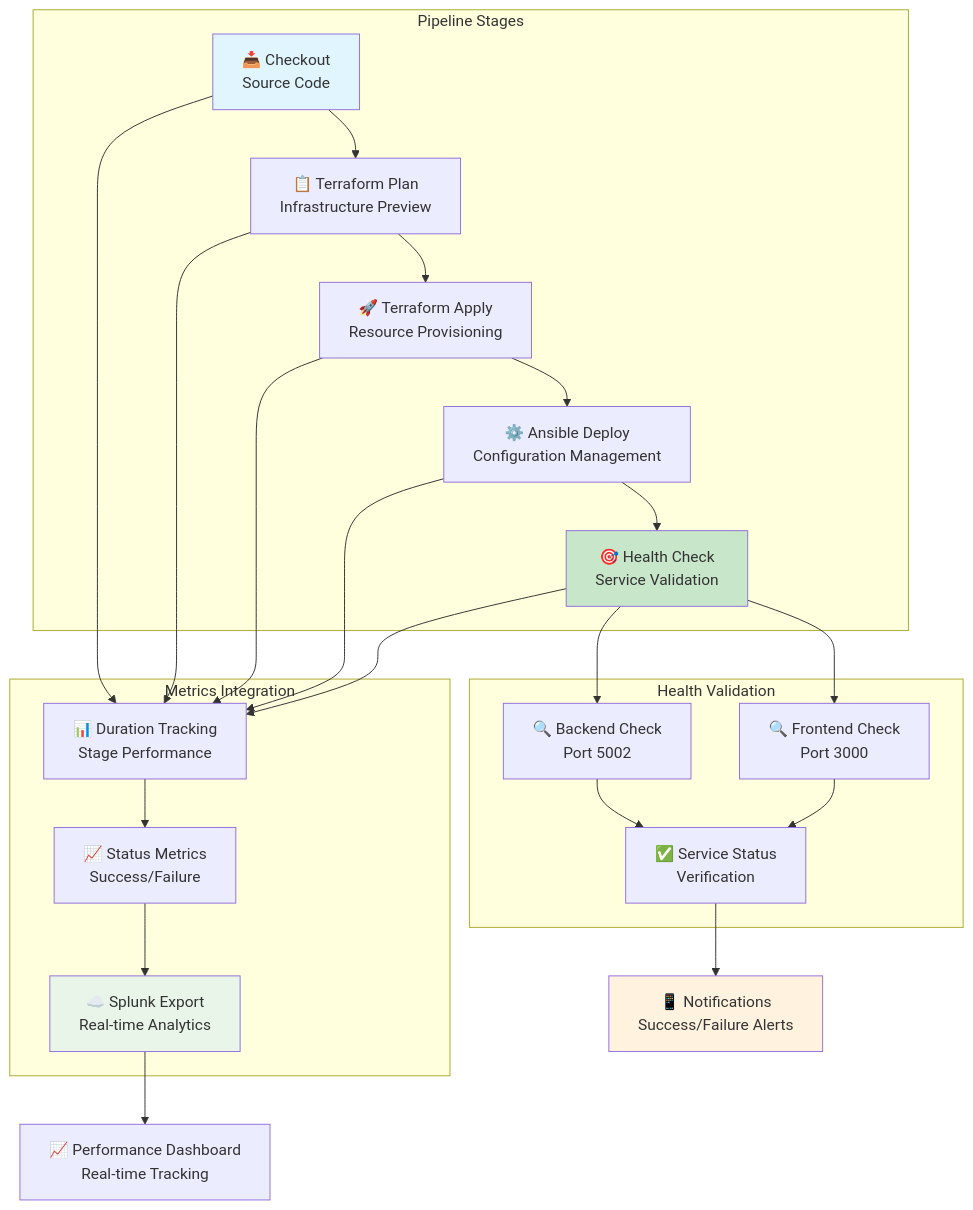
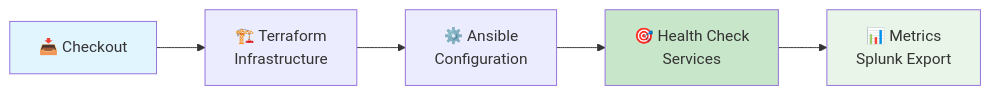
The fourth of 6 diagrams in docs/jenkins/DOCUMENTATION_FOR_EXPO.md (andreaendigital/CarPricePredictor-Demo), drawn with Mermaid before and after one commit. The commit also changed other lines of this file, not shown here.

First line of the commit message:
docs: Improve EXPO documentation with clean flow diagrams

````diff
--- a/docs/jenkins/DOCUMENTATION_FOR_EXPO.md
+++ b/docs/jenkins/DOCUMENTATION_FOR_EXPO.md
@@ -252,49 +276,11 @@
 ```mermaid
-flowchart TD
-    subgraph "Pipeline Stages"
-        A[📥 Checkout<br/>Source Code]
-        B[📋 Terraform Plan<br/>Infrastructure Preview]
-        C[🚀 Terraform Apply<br/>Resource Provisioning]
-        D[⚙️ Ansible Deploy<br/>Configuration Management]
-        E[🎯 Health Check<br/>Service Validation]
-    end
-
-    subgraph "Metrics Integration"
-        F[📊 Duration Tracking<br/>Stage Performance]
-        G[📈 Status Metrics<br/>Success/Failure]
-        H[☁️ Splunk Export<br/>Real-time Analytics]
-    end
-
-    subgraph "Health Validation"
-        I[🔍 Backend Check<br/>Port 5002]
-        J[🔍 Frontend Check<br/>Port 3000]
-        K[✅ Service Status<br/>Verification]
-    end
-
-    A --> B
-    B --> C
-    C --> D
-    D --> E
-
-    A --> F
-    B --> F
-    C --> F
-    D --> F
-    E --> F
-
-    F --> G
-    G --> H
-
-    E --> I
-    E --> J
-    I --> K
-    J --> K
-
-    K --> L[📱 Notifications<br/>Success/Failure Alerts]
-    H --> M[📈 Performance Dashboard<br/>Real-time Tracking]
+flowchart LR
+    A[📥 Checkout] --> B[🏗️ Terraform<br/>Infrastructure]
+    B --> C[⚙️ Ansible<br/>Configuration]
+    C --> D[🎯 Health Check<br/>Services]
+    D --> E[📊 Metrics<br/>Splunk Export]
 
     style A fill:#e1f5fe
-    style E fill:#c8e6c9
-    style H fill:#e8f5e8
-    style L fill:#fff3e0
+    style D fill:#c8e6c9
+    style E fill:#e8f5e8
 ```
````
